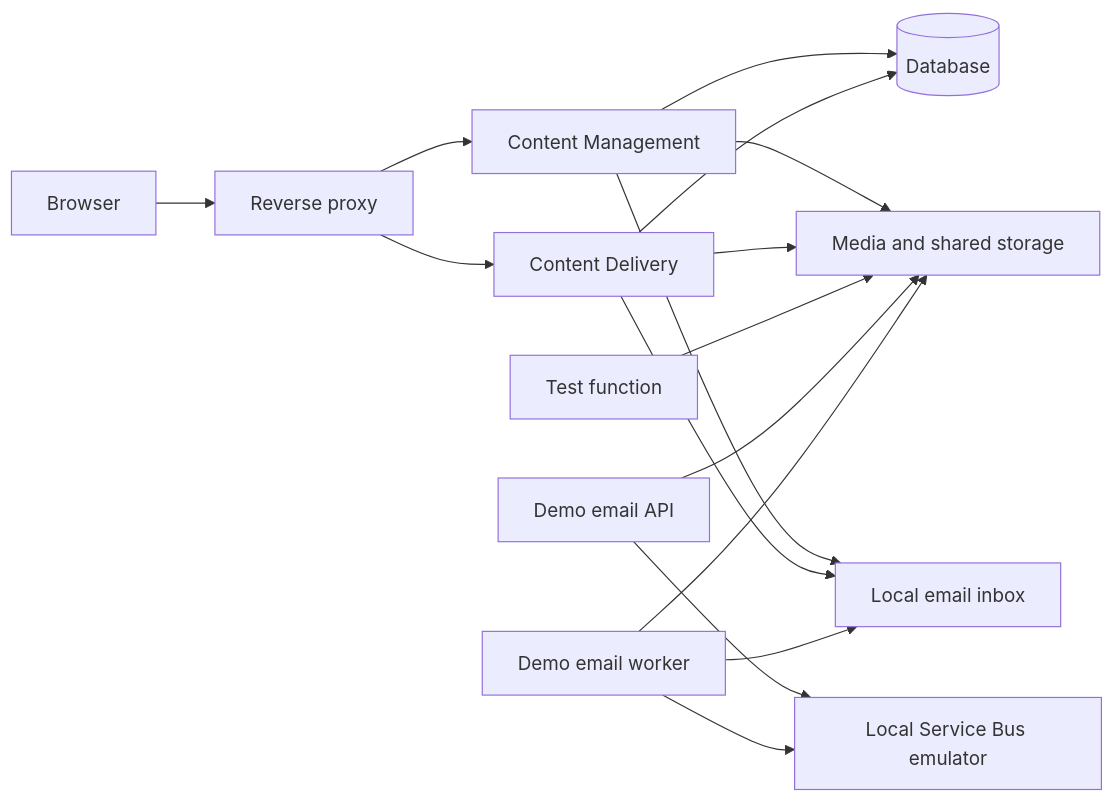
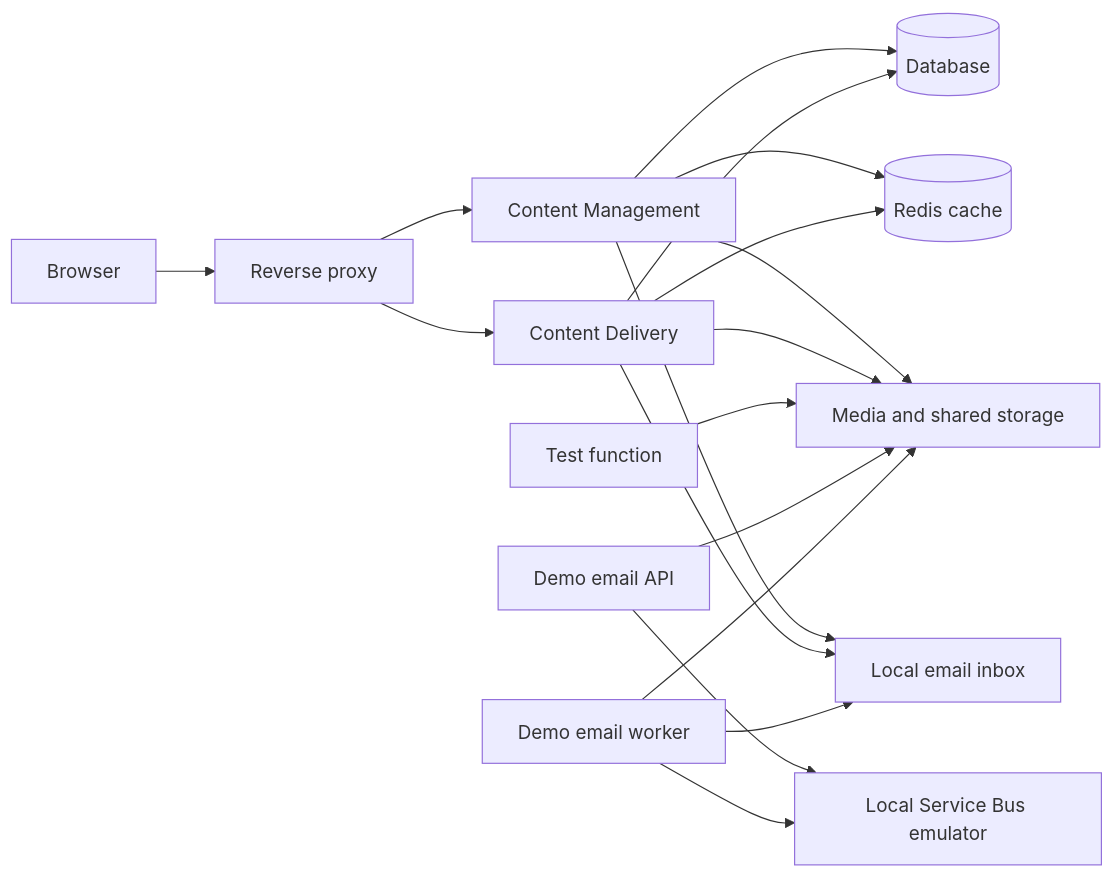
Before and after one commit to hallojoe/defaults-for-umbraco: the diagram in README.md, drawn with Mermaid. The commit also changed other lines of this file and 5 other files, not shown here.

Commit message:
update: Add Redis cache support and configuration. (#11)

````diff
--- a/README.md
+++ b/README.md
@@ -26,21 +26,23 @@
 ```mermaid
 flowchart LR
     Browser[Browser] --> Proxy[Reverse proxy]
     Proxy --> CM[Content Management]
     Proxy --> CD[Content Delivery]
 
     CM --> SQL[(Database)]
     CD --> SQL
+    CM --> Redis[(Redis cache)]
+    CD --> Redis
     CM --> Storage[Media and shared storage]
     CD --> Storage
     CM --> Mailpit[Local email inbox]
     CD --> Mailpit
 
     Functions[Test function] --> Storage
 
     EmailApi[Demo email API] --> Storage
     EmailApi --> ServiceBus[Local Service Bus emulator]
     EmailWorker[Demo email worker] --> ServiceBus
     EmailWorker --> Storage
     EmailWorker --> Mailpit
 ```
````
